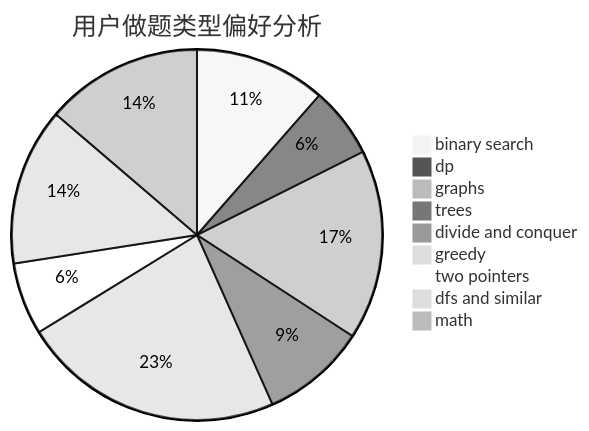
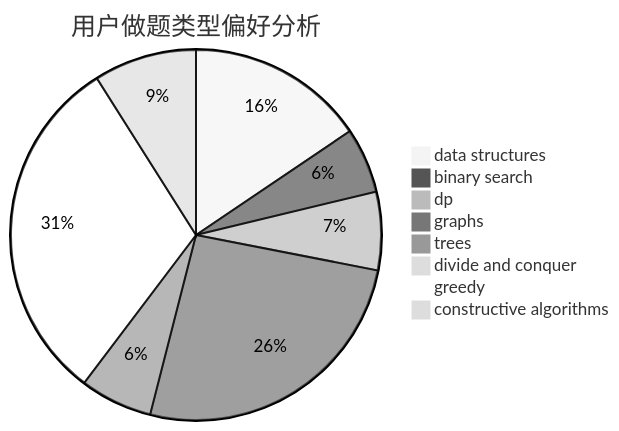
One commit to sherpahu/cfrs.github.io changed the second of 3 diagrams in docs/user/u712.md. Above: the diagram before and after it, drawn with Mermaid (neutral theme). The commit also changed other lines of this file and 2775 other files, not shown here.

````diff
--- a/docs/user/u712.md
+++ b/docs/user/u712.md
@@ -23,12 +23,11 @@
 ```mermaid
 pie title 用户做题类型偏好分析
-    "binary search" :  145
-    "dp" :  78
-    "graphs" :  210
-    "trees" :  116
+    "data structures" :  123
+    "binary search" :  45
+    "dp" :  54
+    "graphs" :  205
+    "trees" :  50
     "divide and conquer" :  0
-    "greedy" :  290
-    "two pointers" :  80
-    "dfs and similar" :  174
-    "math" :  174
+    "greedy" :  243
+    "constructive algorithms" :  71
 ```
````
